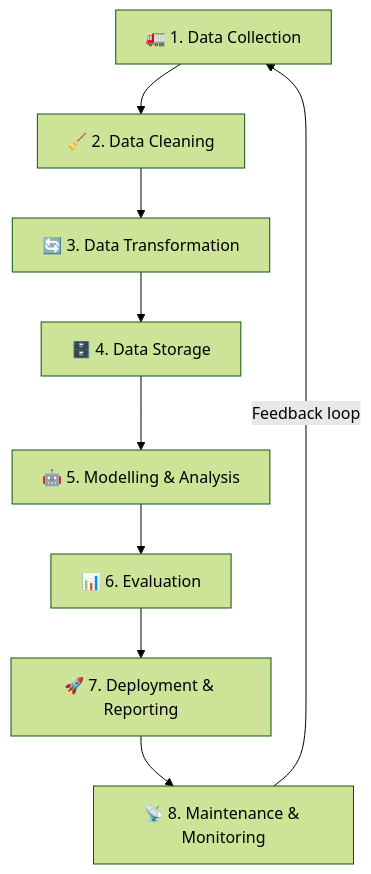
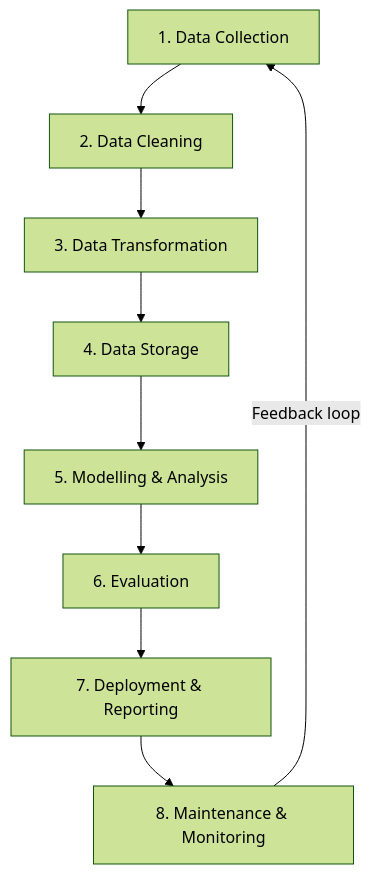
Before and after one commit to NK2552003/Big-Data-Survival-Guide: the eighth of 9 diagrams in UNITS/UNIT 1/unit-1-english-fun.md, drawn with Mermaid (forest theme). The commit also changed other lines of this file and 78 other files, not shown here.

````diff
--- a/UNITS/UNIT 1/unit-1-english-fun.md
+++ b/UNITS/UNIT 1/unit-1-english-fun.md
@@ -868,11 +868,11 @@
 ```mermaid
 flowchart TB
-    A["🚛 1. Data Collection"] --> B["🧹 2. Data Cleaning"]
-    B --> C["🔄 3. Data Transformation"]
-    C --> D["🗄️ 4. Data Storage"]
-    D --> E["🤖 5. Modelling & Analysis"]
-    E --> F["📊 6. Evaluation"]
-    F --> G["🚀 7. Deployment & Reporting"]
-    G --> H["📡 8. Maintenance & Monitoring"]
-    H -->|"Feedback loop"| A
+ A[" 1. Data Collection"] --> B[" 2. Data Cleaning"]
+ B --> C[" 3. Data Transformation"]
+ C --> D[" 4. Data Storage"]
+ D --> E[" 5. Modelling & Analysis"]
+ E --> F[" 6. Evaluation"]
+ F --> G[" 7. Deployment & Reporting"]
+ G --> H[" 8. Maintenance & Monitoring"]
+ H -->|"Feedback loop"| A
 ```
````
